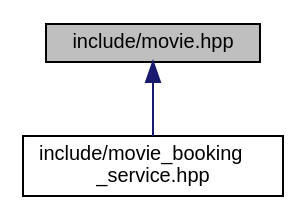
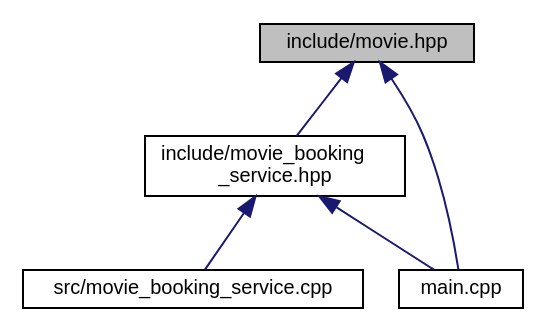
One commit to Gebre-medhin/movie_booking_system changed the diagram in movie_8hpp__dep__incl.dot. Above: the diagram before and after it, drawn with Graphviz. The commit also changed 48 other files, not shown here.

```diff
--- a/movie_8hpp__dep__incl.dot
+++ b/movie_8hpp__dep__incl.dot
@@ -1,9 +1,14 @@
 digraph "include/movie.hpp"
 {
  // LATEX_PDF_SIZE
   edge [fontname="Helvetica",fontsize="10",labelfontname="Helvetica",labelfontsize="10"];
   node [fontname="Helvetica",fontsize="10",shape=record];
   Node1 [label="include/movie.hpp",height=0.2,width=0.4,color="black", fillcolor="grey75", style="filled", fontcolor="black",tooltip=" "];
   Node1 -> Node2 [dir="back",color="midnightblue",fontsize="10",style="solid",fontname="Helvetica"];
   Node2 [label="include/movie_booking\l_service.hpp",height=0.2,width=0.4,color="black", fillcolor="white", style="filled",URL="$movie__booking__service_8hpp.html",tooltip="Movie booking service API."];
+  Node2 -> Node3 [dir="back",color="midnightblue",fontsize="10",style="solid",fontname="Helvetica"];
+  Node3 [label="src/movie_booking_service.cpp",height=0.2,width=0.4,color="black", fillcolor="white", style="filled",URL="$movie__booking__service_8cpp.html",tooltip="Implementation for MovieBookingService (API) class."];
+  Node2 -> Node4 [dir="back",color="midnightblue",fontsize="10",style="solid",fontname="Helvetica"];
+  Node4 [label="main.cpp",height=0.2,width=0.4,color="black", fillcolor="white", style="filled",URL="$main_8cpp.html",tooltip="Main program for testing movie booking service functionalities via CLI."];
+  Node1 -> Node4 [dir="back",color="midnightblue",fontsize="10",style="solid",fontname="Helvetica"];
 }
```
